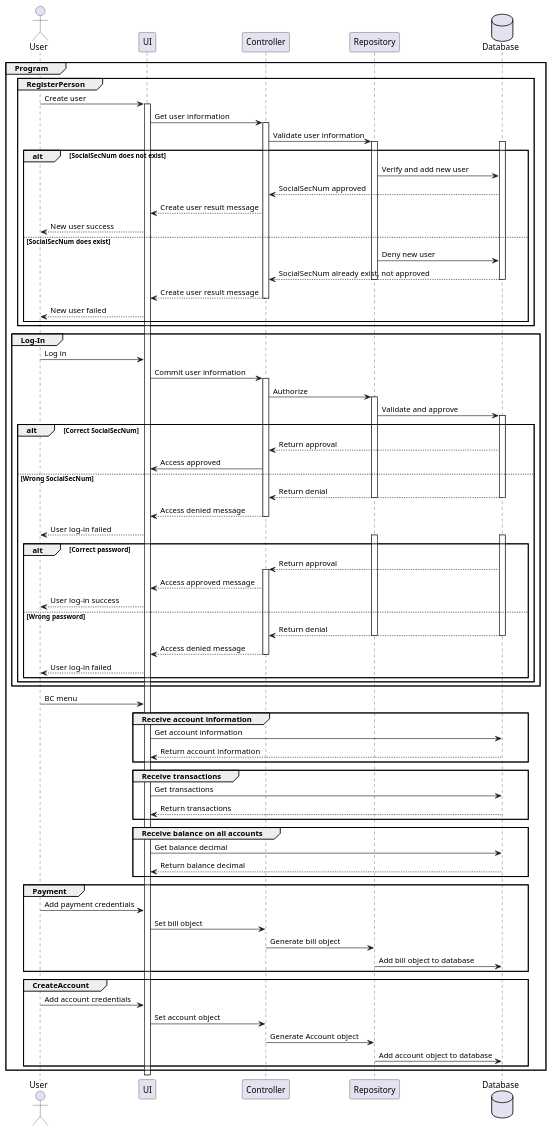
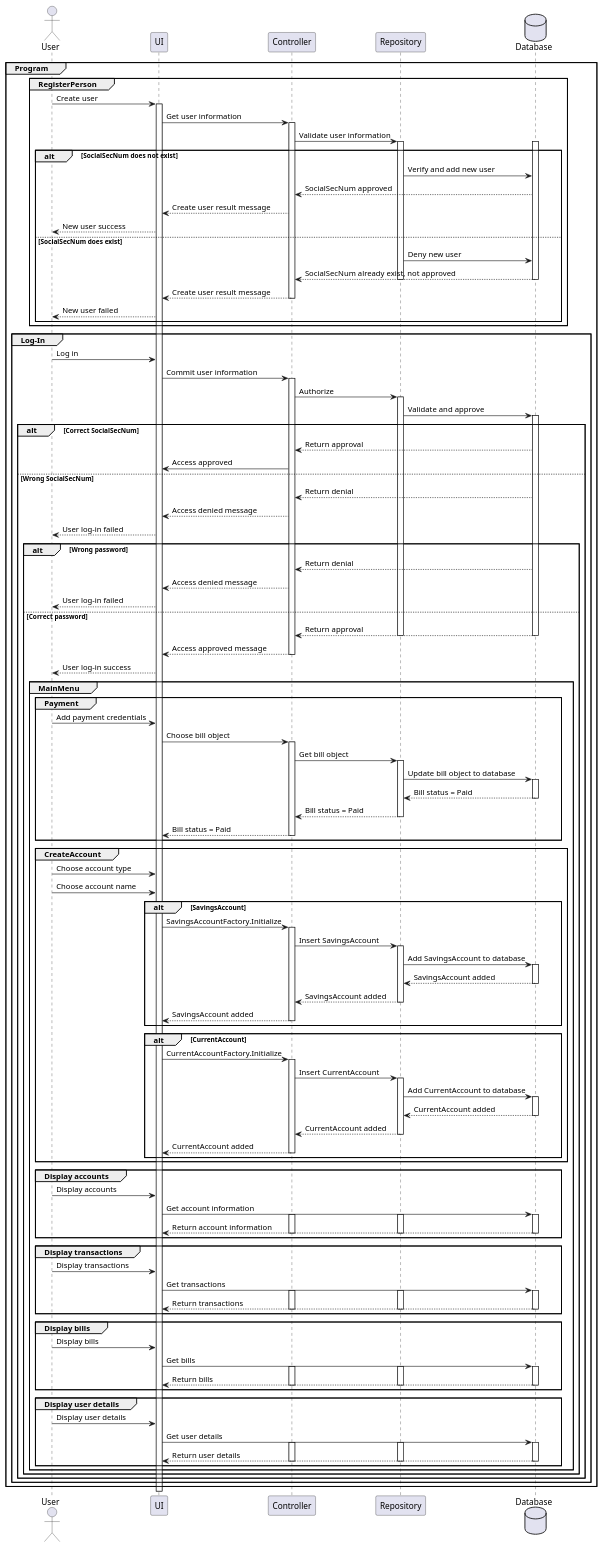
One commit to runejac/PG3302Eksamen changed the diagram in PG3302Eksamen/Assets/Sequence.puml. Above: the diagram before and after it, drawn with PlantUML.

Commit message:
Sequence.puml continued

```diff
--- a/PG3302Eksamen/Assets/Sequence.puml
+++ b/PG3302Eksamen/Assets/Sequence.puml
@@ -1,108 +1,175 @@
 @startuml
 
 actor User 
 participant UI
 participant Controller
 participant Repository
 database Database
 
 group Program
 group RegisterPerson
 User -> UI : Create user
 activate UI
 UI -> Controller : Get user information
 activate Controller
 Controller -> Repository : Validate user information
 activate Repository
 activate Database
 
 alt SocialSecNum does not exist
 Repository -> Database : Verify and add new user 
 Controller <-- Database : SocialSecNum approved
 UI <-- Controller : Create user result message
 User <-- UI : New user success
 else SocialSecNum does exist
 Repository -> Database : Deny new user
 Controller <-- Database  : SocialSecNum already exist, not approved
 deactivate Database
 deactivate Repository
 UI <-- Controller : Create user result message
 deactivate Controller
 User <-- UI : New user failed
 end
 end
 
 group Log-In
 User -> UI : Log in
 UI -> Controller : Commit user information
 activate Controller
 Controller -> Repository : Authorize
 activate Repository
 Repository -> Database : Validate and approve
 activate Database
 
 alt Correct SocialSecNum
 Controller <-- Database : Return approval
 Controller -> UI : Access approved
+
 else Wrong SocialSecNum
 Controller <-- Database : Return denial
-deactivate Database
-deactivate Repository
 UI <-- Controller : Access denied message
-deactivate Controller
 User <-- UI : User log-in failed
 
-alt Correct password
+alt Wrong password
+Controller <-- Database : Return denial
+UI <-- Controller : Access denied message
+User <-- UI : User log-in failed
+
+else Correct password
+Controller <-- Database : Return approval
+deactivate Repository
+deactivate Database
+UI <-- Controller : Access approved message
+deactivate Controller
+User <-- UI : User log-in success
+
+group MainMenu
+
+group Payment
+User -> UI : Add payment credentials
+UI -> Controller : Choose bill object
+activate Controller
+Controller -> Repository : Get bill object
+activate Repository
+Repository -> Database : Update bill object to database
+activate Database
+Database --> Repository : Bill status = Paid
+deactivate Database
+Repository --> Controller : Bill status = Paid
+deactivate Repository
+Controller --> UI : Bill status = Paid
+deactivate Controller
+end
+
+group CreateAccount
+User -> UI : Choose account type
+User -> UI : Choose account name
+
+alt SavingsAccount
+UI -> Controller : SavingsAccountFactory.Initialize
+activate Controller
+Controller -> Repository : Insert SavingsAccount
+activate Repository
+Repository -> Database : Add SavingsAccount to database
+activate Database
+Database --> Repository : SavingsAccount added
+deactivate Database
+Repository --> Controller : SavingsAccount added
+deactivate Repository
+Controller --> UI : SavingsAccount added
+deactivate Controller
+end
+
+alt CurrentAccount
+UI -> Controller : CurrentAccountFactory.Initialize
+activate Controller
+Controller -> Repository : Insert CurrentAccount
+activate Repository
+Repository -> Database : Add CurrentAccount to database
+activate Database
+Database --> Repository : CurrentAccount added
+deactivate Database
+Repository --> Controller : CurrentAccount added
+deactivate Repository
+Controller --> UI : CurrentAccount added
+deactivate Controller
+end
+end
+
+group Display accounts
+User -> UI : Display accounts
+UI -> Database : Get account information
 activate Database
 activate Repository
-Controller <-- Database : Return approval
 activate Controller
-UI <-- Controller : Access approved message
-User <-- UI : User log-in success
-else Wrong password
-Controller <-- Database : Return denial
+Database --> UI: Return account information
+deactivate Controller
+deactivate Repository
 deactivate Database
+end
+
+group Display transactions
+User -> UI : Display transactions
+UI -> Database : Get transactions 
+activate Database
+activate Repository
+activate Controller
+Database --> UI: Return transactions 
+deactivate Controller
 deactivate Repository
-UI <-- Controller : Access denied message
+deactivate Database
+end
+
+group Display bills
+User -> UI : Display bills
+UI -> Database : Get bills
+activate Database
+activate Repository
+activate Controller
+Database --> UI: Return bills
 deactivate Controller
-User <-- UI : User log-in failed
+deactivate Repository
+deactivate Database
+end
+
+group Display user details
+User -> UI : Display user details
+UI -> Database : Get user details
+activate Database
+activate Repository
+activate Controller
+Database --> UI: Return user details
+deactivate Controller
+deactivate Repository
+deactivate Database
+end
+
+
+end
+end
 end
 end
 end
 
 
-User -> UI : BC menu
-
-group Receive account information
-UI -> Database : Get account information
-Database --> UI: Return account information
-end
-
-group Receive transactions
-UI -> Database : Get transactions 
-Database --> UI: Return transactions 
-end
-
-group Receive balance on all accounts
-UI -> Database : Get balance decimal
-Database --> UI: Return balance decimal
-end
-
-group Payment
-User -> UI : Add payment credentials
-UI -> Controller : Set bill object
-Controller -> Repository : Generate bill object
-Repository -> Database : Add bill object to database
-end
-
-group CreateAccount
-User -> UI : Add account credentials
-UI -> Controller : Set account object
-Controller -> Repository : Generate Account object
-Repository -> Database : Add account object to database
-end
-
-end
-
-
 @enduml
```
